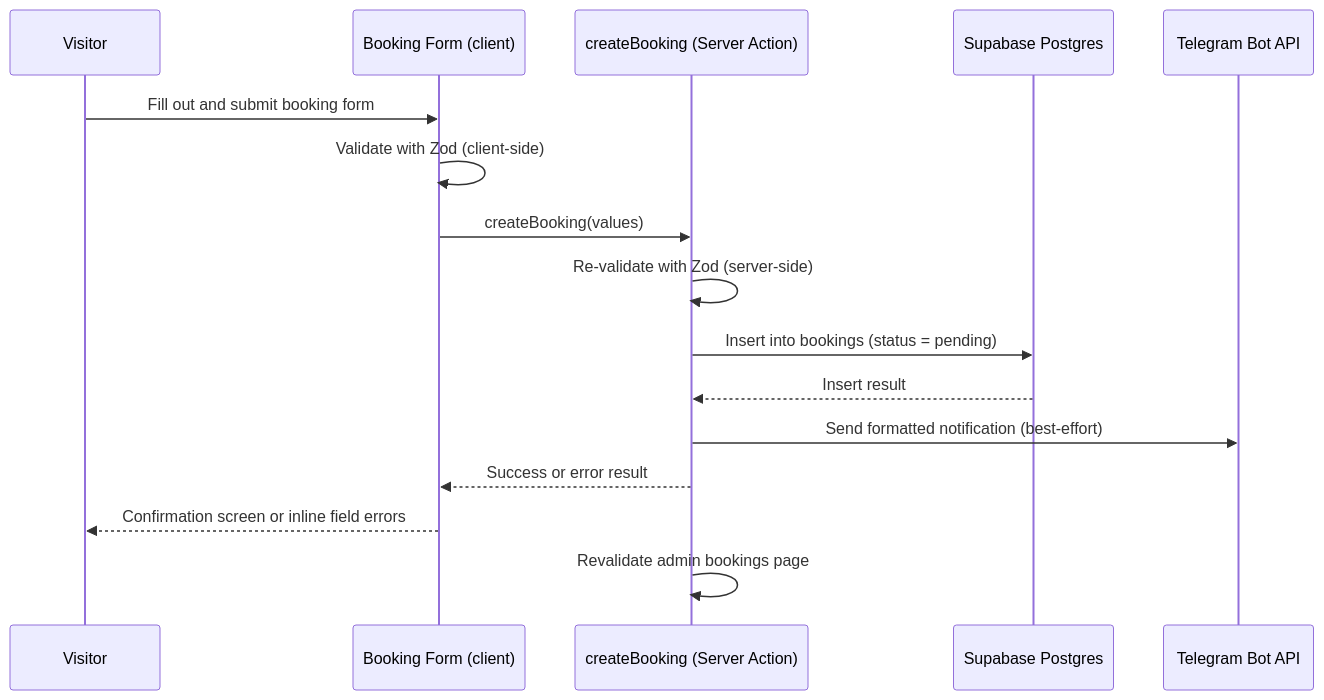
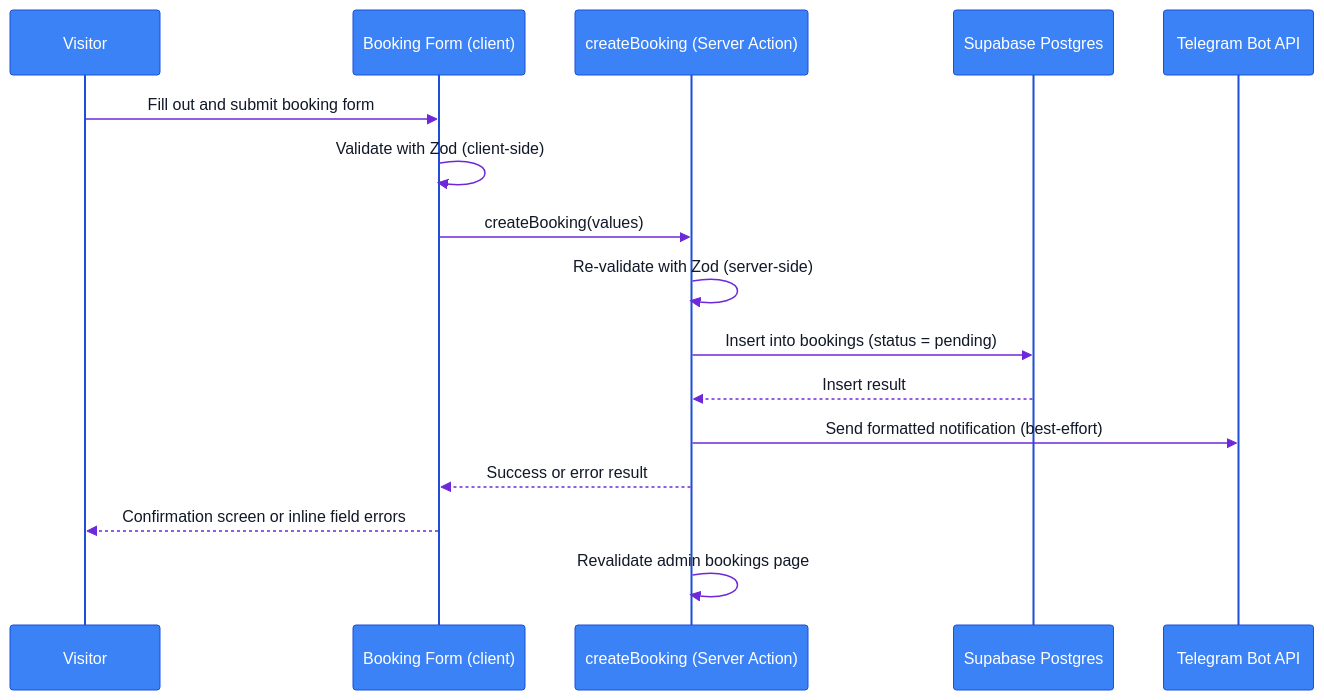
One commit to AaryaMakthala/GJR-EVENTS changed the second of 6 diagrams in README.md. Above: the diagram before and after it, drawn with Mermaid. The commit also changed other lines of this file, not shown here.

````diff
--- a/README.md
+++ b/README.md
@@ -139,19 +150,25 @@
 ```mermaid
+%%{init: {'theme':'base', 'themeVariables': {
+  'actorBkg': '#3b82f6', 'actorBorder': '#1d4ed8', 'actorTextColor': '#ffffff',
+  'signalColor': '#6d28d9', 'signalTextColor': '#111827',
+  'noteBkgColor': '#fef3c7', 'noteBorderColor': '#f59e0b',
+  'sequenceNumberColor': '#ffffff'
+}}}%%
 sequenceDiagram
     participant U as Visitor
     participant BF as Booking Form (client)
     participant SA as createBooking (Server Action)
     participant DB as Supabase Postgres
     participant TG as Telegram Bot API
 
     U->>BF: Fill out and submit booking form
     BF->>BF: Validate with Zod (client-side)
     BF->>SA: createBooking(values)
     SA->>SA: Re-validate with Zod (server-side)
     SA->>DB: Insert into bookings (status = pending)
     DB-->>SA: Insert result
     SA->>TG: Send formatted notification (best-effort)
     SA-->>BF: Success or error result
     BF-->>U: Confirmation screen or inline field errors
     SA->>SA: Revalidate admin bookings page
 ```
````
